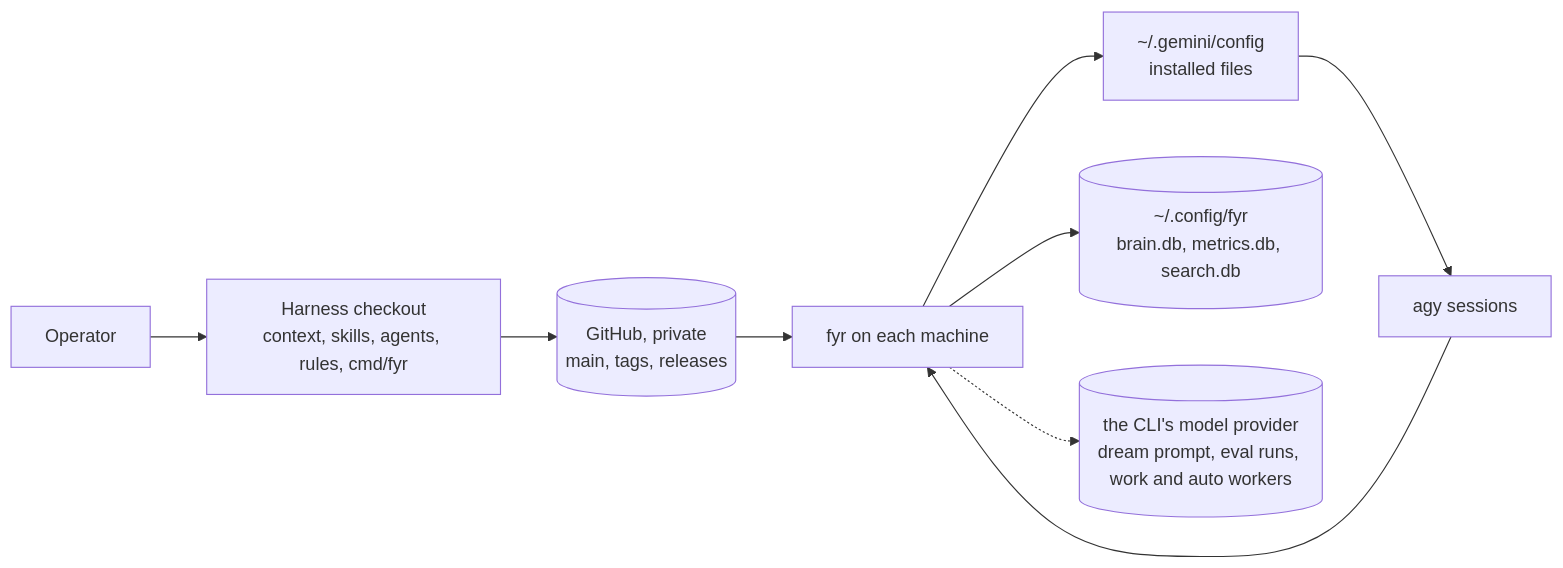
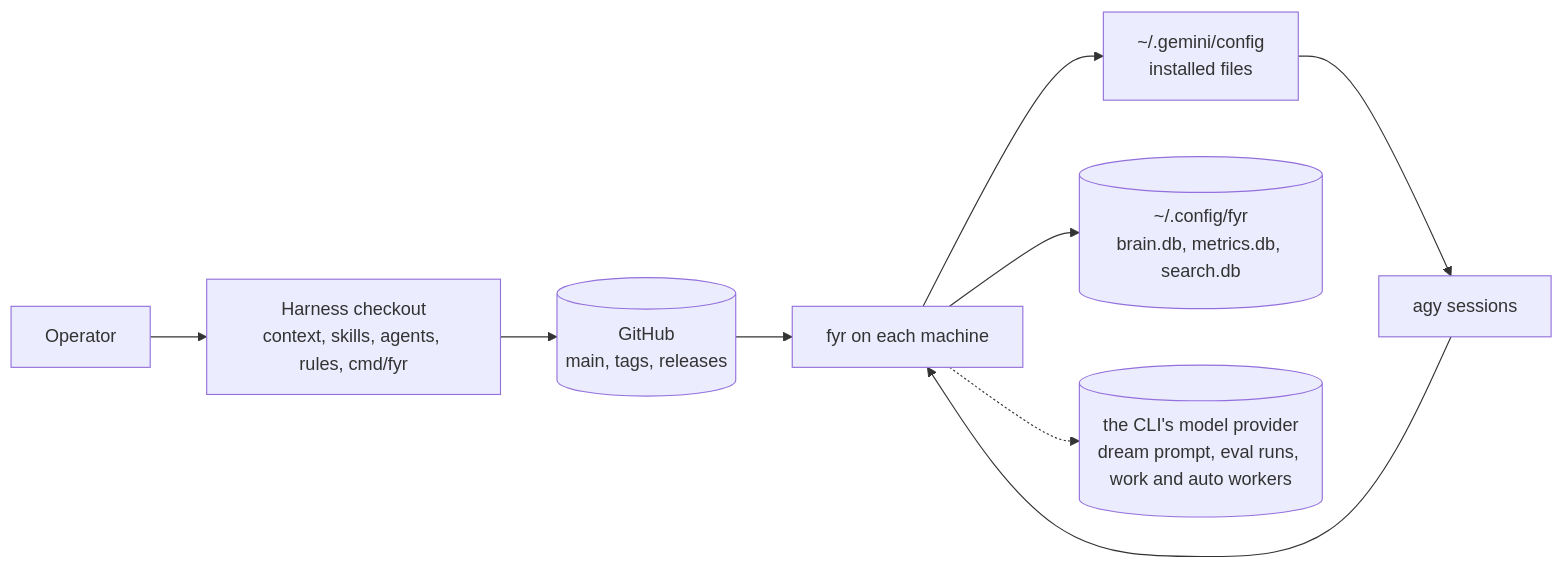
One commit to kesokaj/fyr changed the first of 5 diagrams in SDD.md. Above: the diagram before and after it, drawn with Mermaid. The commit also changed other lines of this file and 4 other files, not shown here.

````diff
--- a/SDD.md
+++ b/SDD.md
@@ -14,11 +14,11 @@
 ```mermaid
 flowchart LR
   operator["Operator"] --> checkout["Harness checkout<br/>context, skills, agents, rules, cmd/fyr"]
-  checkout --> github[("GitHub, private<br/>main, tags, releases")]
+  checkout --> github[("GitHub<br/>main, tags, releases")]
   github --> fyr["fyr on each machine"]
   fyr --> gemini["~/.gemini/config<br/>installed files"]
   gemini --> agy["agy sessions"]
   agy --> fyr
   fyr --> state[("~/.config/fyr<br/>brain.db, metrics.db, search.db")]
   fyr -.-> provider[("the CLI's model provider<br/>dream prompt, eval runs, work and auto workers")]
 ```
````
